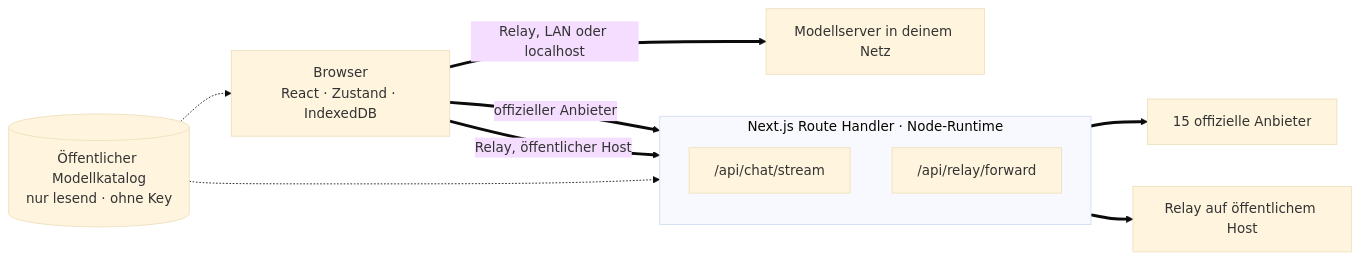
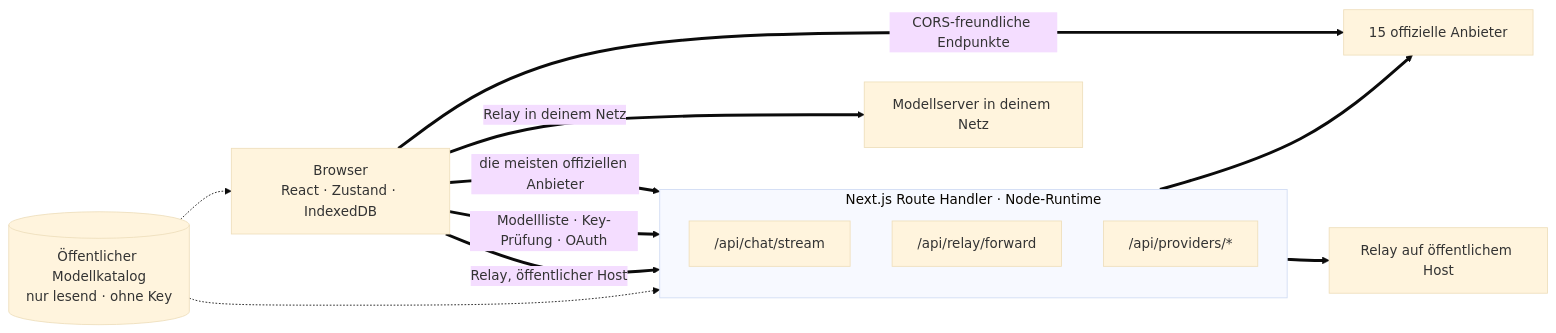
Before and after one commit to oriveo/oriveo: the first of 2 diagrams in readme_i18n/de/web.md, drawn with Mermaid (base theme). The commit also changed other lines of this file and 19 other files, not shown here.

````diff
--- a/readme_i18n/de/web.md
+++ b/readme_i18n/de/web.md
@@ -62,21 +62,24 @@
 ```mermaid
 flowchart LR
     browser["Browser<br/>React · Zustand · IndexedDB"]
 
     subgraph server ["Next.js Route Handler · Node-Runtime"]
         direction TB
         chat["/api/chat/stream"]
         fwd["/api/relay/forward"]
+        prov["/api/providers/*"]
     end
 
     official["15 offizielle Anbieter"]
     pubrelay["Relay auf öffentlichem Host"]
     lan["Modellserver in deinem Netz"]
     catalog[("Öffentlicher Modellkatalog<br/>nur lesend · ohne Key")]
 
-    browser ==>|"offizieller Anbieter"| chat ==> official
+    browser ==>|"die meisten offiziellen Anbieter"| chat ==> official
+    browser ==>|"Modellliste · Key-Prüfung · OAuth"| prov
     browser ==>|"Relay, öffentlicher Host"| fwd ==> pubrelay
-    browser ==>|"Relay, LAN oder localhost"| lan
+    browser ==>|"Relay in deinem Netz"| lan
+    browser ==>|"CORS-freundliche Endpunkte"| official
     catalog -.-> browser
     catalog -.-> chat
 ```
````
